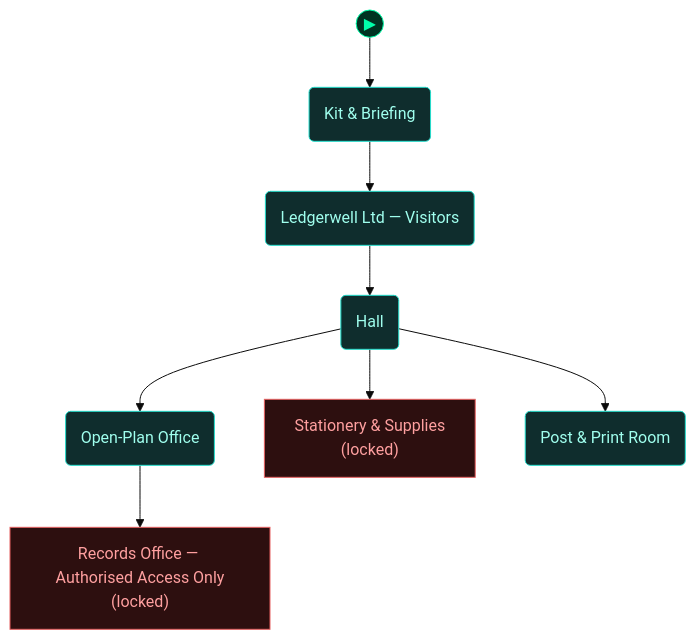
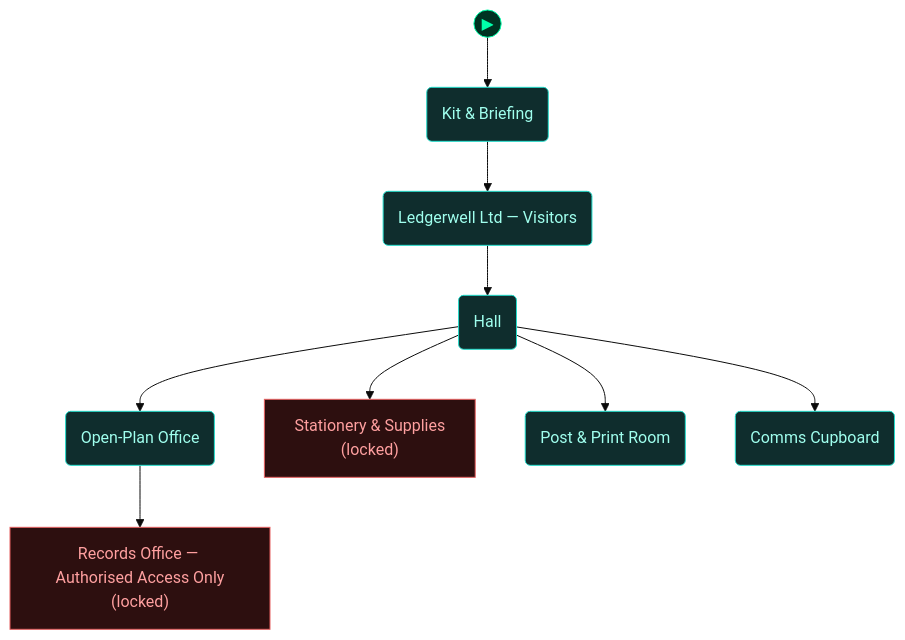
The fourth of 5 diagrams in scenarios/lab_physical_pentest/dungeon_graph.md (cliffe/BreakEscape), drawn with Mermaid (base theme) before and after one commit. The commit also changed other lines of this file and 11 other files, not shown here.

First line of the commit message:
lab_physical_pentest expansion step 4: P3 comms cupboard + B1 drop-box beat; hall identity (option A)

````diff
--- a/scenarios/lab_physical_pentest/dungeon_graph.md
+++ b/scenarios/lab_physical_pentest/dungeon_graph.md
@@ -226,40 +230,42 @@
 ```mermaid
 flowchart TD
 
   classDef room      fill:#0f2d2d,stroke:#22ddcc,color:#a0ffee
   classDef lock      fill:#2d0f0f,stroke:#e66060,color:#ffa0a0
   classDef key       fill:#2d0812,stroke:#e66060,color:#ffa0a0
   classDef item      fill:#2d1200,stroke:#e89030,color:#ffcc80
   classDef gate      fill:#111,stroke:#666,color:#eee
   classDef vm        fill:#0c1f40,stroke:#4a90d9,color:#a0c8ff
   classDef flag      fill:#1a0c2d,stroke:#9060d0,color:#cc99ff
   classDef action    fill:#1a1200,stroke:#cc9922,color:#ffee88
   classDef aim       fill:#0d2a0d,stroke:#44cc44,color:#88ff88
   classDef aim_gate  fill:#111111,stroke:#44cc44,color:#44cc44
   classDef container fill:#1a2d1a,stroke:#60b060,color:#a0e0a0
   classDef npc       fill:#2d1f0d,stroke:#d0a050,color:#ffe0a0
   classDef critical  fill:#2a1500,stroke:#ffaa00,color:#ffdd88
   classDef start     fill:#003322,stroke:#00ffaa,color:#00ffaa
 
   node_start(("▶"))
   node_start --> briefing_room
 
   briefing_room("Kit & Briefing")
   reception("Ledgerwell Ltd — Visitors")
   hall("Hall")
   open_plan("Open-Plan Office")
   secure_area["Records Office — Authorised Access Only<br/>(locked)"]
   store_room["Stationery & Supplies<br/>(locked)"]
   P1("Post & Print Room")
+  P3("Comms Cupboard")
 
   briefing_room --> reception
   reception --> hall
   hall --> open_plan
   hall --> store_room
+  hall --> P3
   hall --> P1
   open_plan --> secure_area
 
-  class briefing_room,reception,hall,open_plan,P1 room
+  class briefing_room,reception,hall,open_plan,P1,P3 room
   class secure_area,store_room lock
   class node_start start
 ```
````
